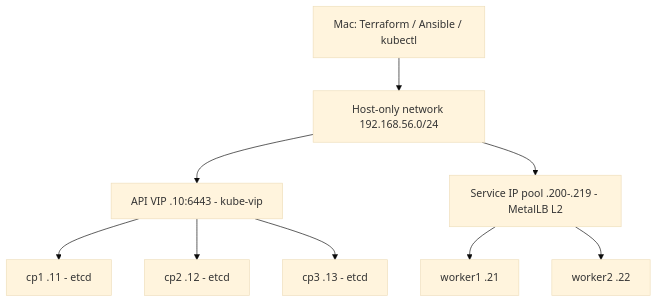
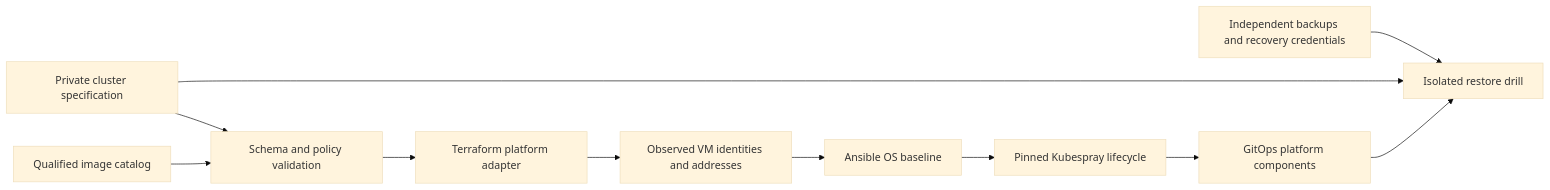
The diagram in README.md (zeroday27/k8s-virtualbox-homelab), drawn with Mermaid (base theme) before and after one commit. The commit also changed other lines of this file and 50 other files, not shown here.

````diff
--- a/README.md
+++ b/README.md
@@ -34,11 +16,13 @@
 ```mermaid
-flowchart TD
-  Mac[Mac: Terraform / Ansible / kubectl] --> Net[Host-only network 192.168.56.0/24]
-  Net --> API[API VIP .10:6443 - kube-vip]
-  API --> CP1[cp1 .11 - etcd]
-  API --> CP2[cp2 .12 - etcd]
-  API --> CP3[cp3 .13 - etcd]
-  Net --> Apps[Service IP pool .200-.219 - MetalLB L2]
-  Apps --> W1[worker1 .21]
-  Apps --> W2[worker2 .22]
+flowchart LR
+  S[Private cluster specification] --> V[Schema and policy validation]
+  I[Qualified image catalog] --> V
+  V --> T[Terraform platform adapter]
+  T --> O[Observed VM identities and addresses]
+  O --> A[Ansible OS baseline]
+  A --> K[Pinned Kubespray lifecycle]
+  K --> G[GitOps platform components]
+  B[Independent backups and recovery credentials] --> R[Isolated restore drill]
+  S --> R
+  G --> R
 ```
````
